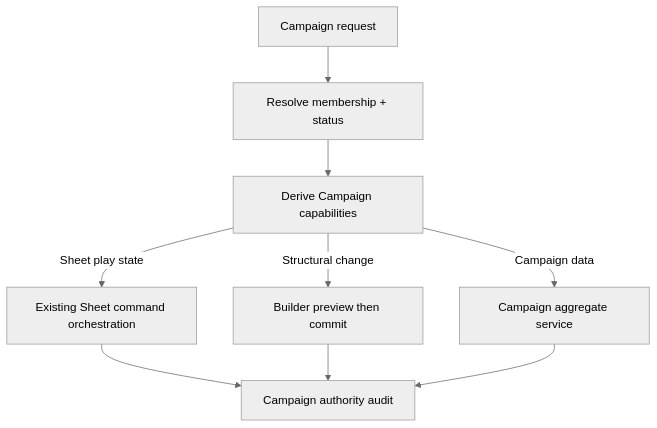
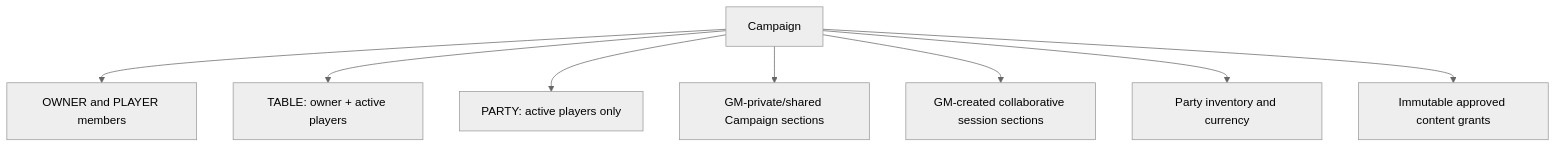
One commit to MPiland/artificer-toolkit changed the second of 2 diagrams in docs/roadmap/03-campaign-core.md. Above: the diagram before and after it, drawn with Mermaid (neutral theme). The commit also changed other lines of this file and 317 other files, not shown here.

````diff
--- a/docs/roadmap/03-campaign-core.md
+++ b/docs/roadmap/03-campaign-core.md
@@ -40,11 +74,10 @@
 ```mermaid
 flowchart TD
-  Request["Campaign request"] --> Membership["Resolve membership + status"]
-  Membership --> Capability["Derive Campaign capabilities"]
-  Capability -->|Sheet play state| Sheet["Existing Sheet command orchestration"]
-  Capability -->|Structural change| Builder["Builder preview then commit"]
-  Capability -->|Campaign data| Campaign["Campaign aggregate service"]
-  Sheet --> Audit["Campaign authority audit"]
-  Builder --> Audit
-  Campaign --> Audit
+  Campaign --> Members["OWNER and PLAYER members"]
+  Campaign --> Table["TABLE: owner + active players"]
+  Campaign --> Party["PARTY: active players only"]
+  Campaign --> Notes["GM-private/shared Campaign sections"]
+  Campaign --> Sessions["GM-created collaborative session sections"]
+  Campaign --> Custody["Party inventory and currency"]
+  Campaign --> Grants["Immutable approved content grants"]
 ```
````
